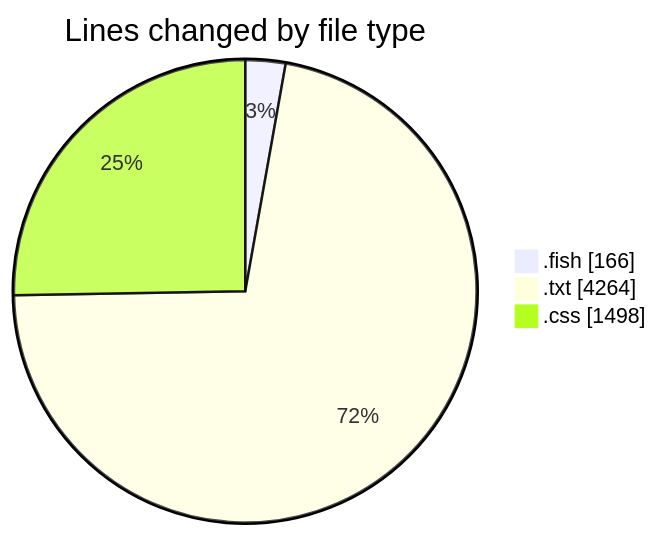
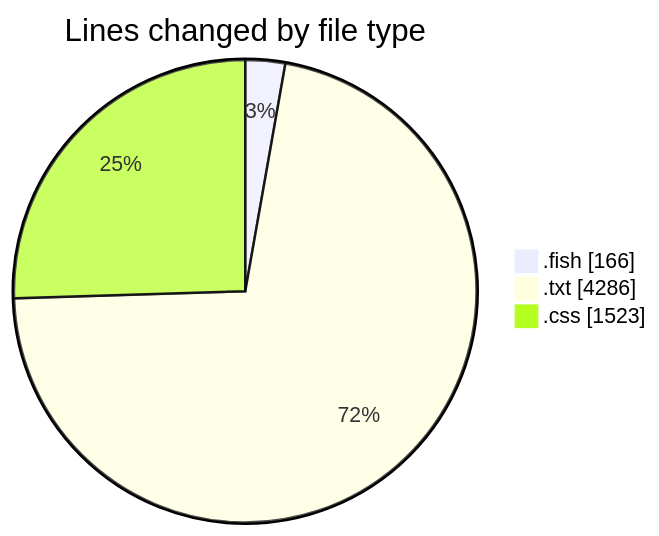
One commit to EIIisD/code-tracking changed the first of 2 diagrams in 2025-07-21/fish/README.md. Above: the diagram before and after it, drawn with Mermaid. The commit also changed other lines of this file and 1 other file, not shown here.

````diff
--- a/2025-07-21/fish/README.md
+++ b/2025-07-21/fish/README.md
@@ -23,7 +23,7 @@
 ```mermaid
 pie showData
 title Lines changed by file type
 ".fish" : 166
-".txt" : 4264
-".css" : 1498
+".txt" : 4286
+".css" : 1523
 ```
````
